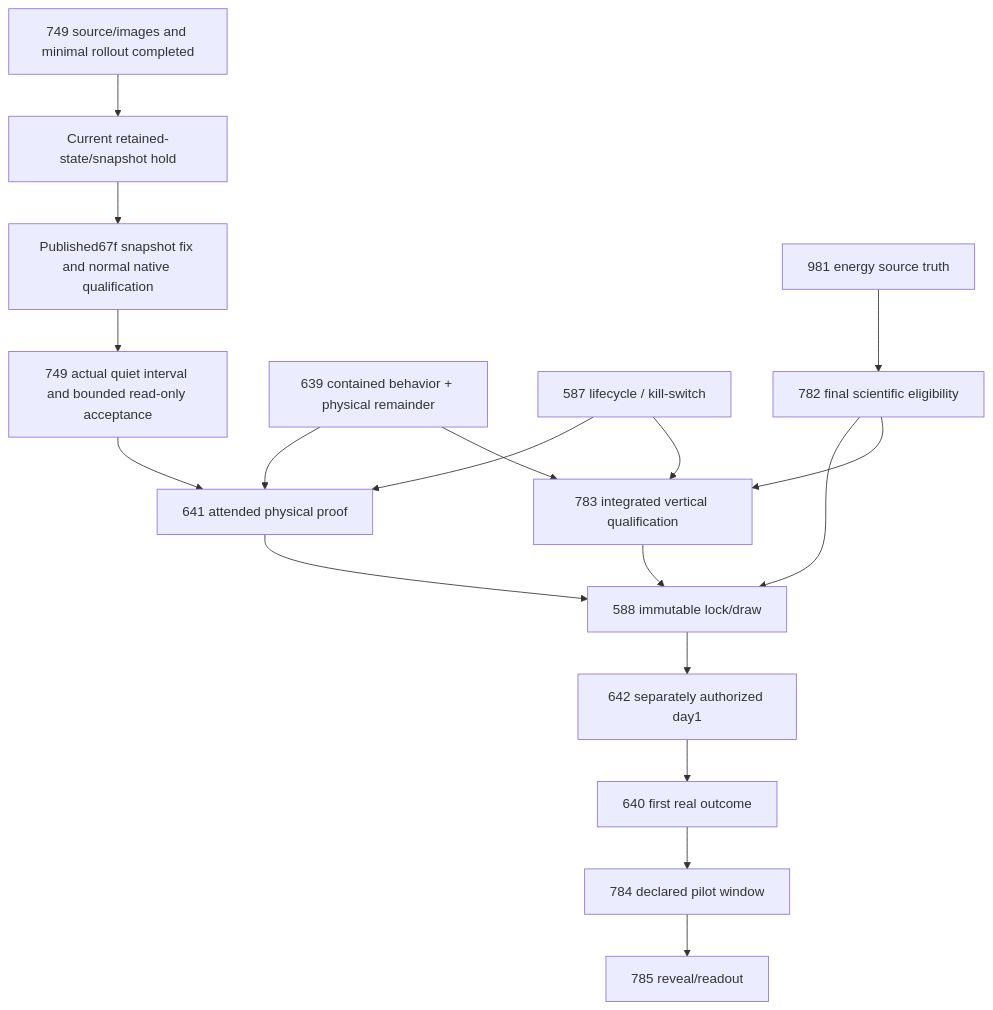
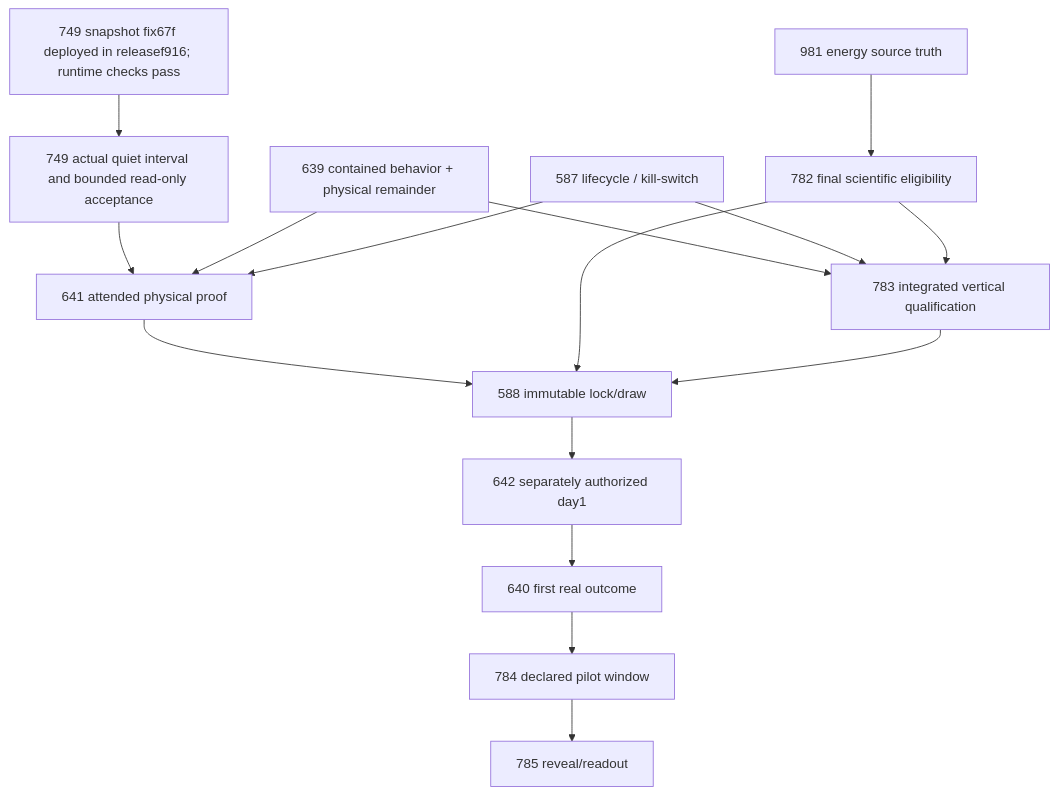
Before and after one commit to VerdifyConsultancy/verdify-platform: the diagram in planning/reviews/2026-10-17/DEPENDENCIES.md, drawn with Mermaid. The commit also changed other lines of this file and 1 other file, not shown here.

Commit message:
planning: align current graph with deployed snapshot fix

````diff
--- a/planning/reviews/2026-10-17/DEPENDENCIES.md
+++ b/planning/reviews/2026-10-17/DEPENDENCIES.md
@@ -7,20 +7,18 @@
 ```mermaid
 flowchart TD
-  delivery["749 source/images and minimal rollout completed"] --> hold["Current retained-state/snapshot hold"]
-  hold --> remedy["Published67f snapshot fix and normal native qualification"]
-  remedy --> i749["749 actual quiet interval and bounded read-only acceptance"]
+  delivery["749 snapshot fix67f deployed in releasef916; runtime checks pass"] --> i749["749 actual quiet interval and bounded read-only acceptance"]
   i639["639 contained behavior + physical remainder"] --> i783["783 integrated vertical qualification"]
   i587["587 lifecycle / kill-switch"] --> i783
   i981["981 energy source truth"] --> i782["782 final scientific eligibility"]
   i782 --> i783
   i749 --> i641["641 attended physical proof"]
   i639 --> i641
   i587 --> i641
   i641 --> i588["588 immutable lock/draw"]
   i782 --> i588
   i783 --> i588
   i588 --> i642["642 separately authorized day1"]
   i642 --> i640["640 first real outcome"]
   i640 --> i784["784 declared pilot window"]
   i784 --> i785["785 reveal/readout"]
 ```
````
